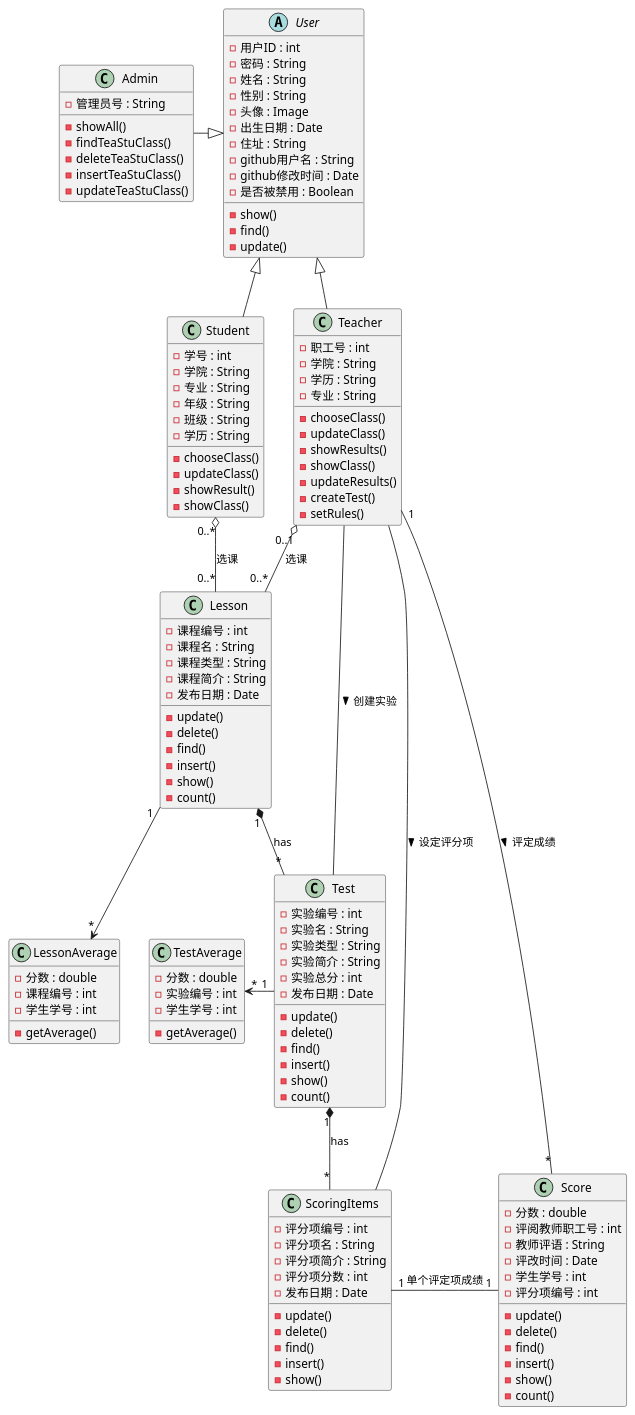
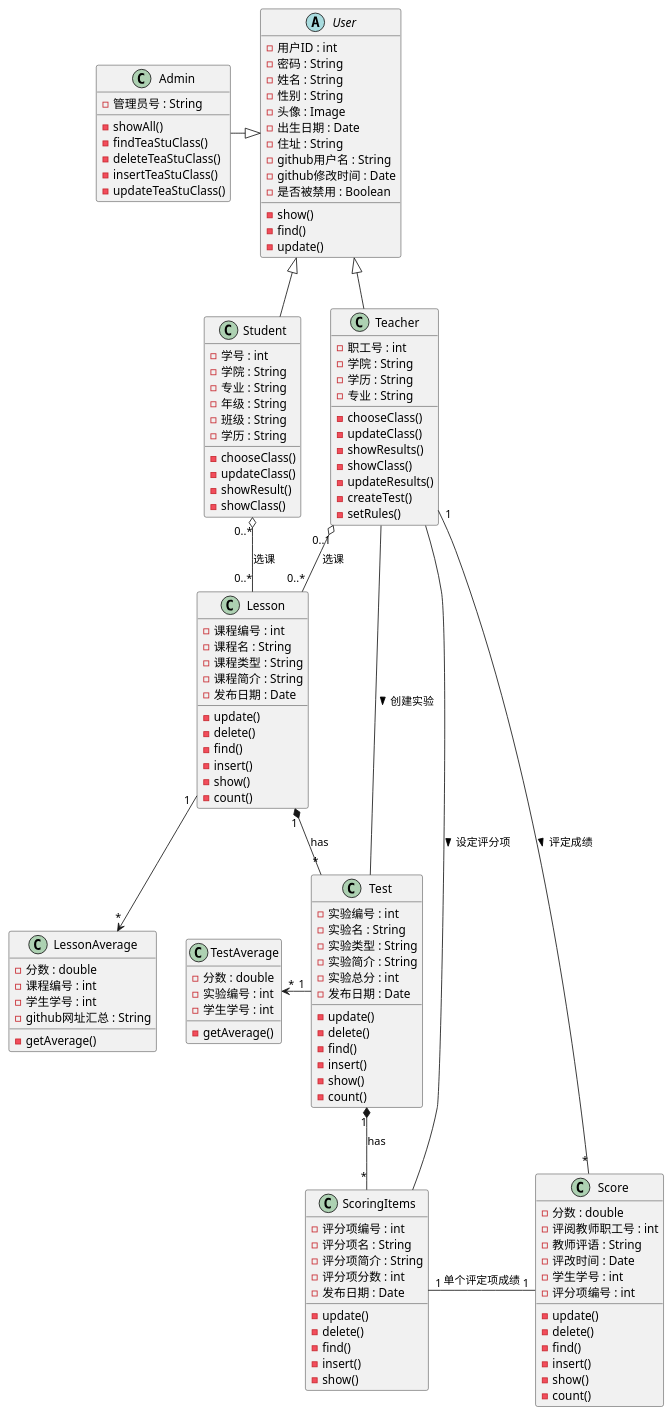
One commit to mzy1997/is_analysis changed the diagram in test6/src/systemClass.puml. Above: the diagram before and after it, drawn with PlantUML. The commit also changed 4 other files, not shown here.

```diff
--- a/test6/src/systemClass.puml
+++ b/test6/src/systemClass.puml
@@ -1,141 +1,142 @@
 @startuml
 
 abstract class User{
 -用户ID : int
 -密码 : String
 -姓名 : String
 -性别 : String
 -头像 : Image
 -出生日期 : Date
 -住址 : String
 -github用户名 : String
 -github修改时间 : Date
 -是否被禁用 : Boolean
 -show()
 -find()
 -update()
 }
 
 class Admin{
 -管理员号 : String
 -showAll()
 -findTeaStuClass()
 -deleteTeaStuClass()
 -insertTeaStuClass()
 -updateTeaStuClass()
 }
 
 class Student{
 -学号 : int
 -学院 : String
 -专业 : String
 -年级 : String
 -班级 : String
 -学历 : String
 -chooseClass()
 -updateClass()
 -showResult()
 -showClass()
 }
 
 class Teacher{
 -职工号 : int
 -学院 : String
 -学历 : String
 -专业 : String
 -chooseClass()
 -updateClass()
 -showResults()
 -showClass()
 -updateResults()
 -createTest()
 -setRules()
 }
 
 User <|-- Student
 User <|-- Teacher
 User <|-left- Admin
 
 class Lesson{
 -课程编号 : int
 -课程名 : String
 -课程类型 : String
 -课程简介 : String
 -发布日期 : Date
 -update()
 -delete()
 -find()
 -insert()
 -show()
 -count()
 }
 
 class Test{
 -实验编号 : int
 -实验名 : String
 -实验类型 : String
 -实验简介 : String
 -实验总分 : int
 -发布日期 : Date
 -update()
 -delete()
 -find()
 -insert()
 -show()
 -count()
 }
 
 class ScoringItems{
 -评分项编号 : int
 -评分项名 : String
 -评分项简介 : String
 -评分项分数 : int
 -发布日期 : Date
 -update()
 -delete()
 -find()
 -insert()
 -show()
 }
 
 Teacher "0..1" o-- "0..*" Lesson:选课
 Student "0..*" o--"0..*" Lesson:选课
 Lesson "1" *--"*" Test:has
 Test "1" *--"*" ScoringItems:has
 Teacher -- Test:创建实验 >
 Teacher -- ScoringItems:设定评分项 >
 
 
 class Score{
 -分数 : double
 -评阅教师职工号 : int
 -教师评语 : String
 -评改时间 : Date
 -学生学号 : int
 -评分项编号 : int
 -update()
 -delete()
 -find()
 -insert()
 -show()
 -count()
 }
 
 class TestAverage{
 -分数 : double
 -实验编号 : int
 -学生学号 : int
 -getAverage()
 }
 
 class LessonAverage{
 -分数 : double
 -课程编号 : int
 -学生学号 : int
+-github网址汇总 : String
 -getAverage()
 }
 ScoringItems "1"-right-"1" Score:单个评定项成绩
 Teacher "1"--"*" Score:评定成绩 >
 Test "1" -left->"*" TestAverage
 Lesson "1" -->"*" LessonAverage
 @enduml
```
